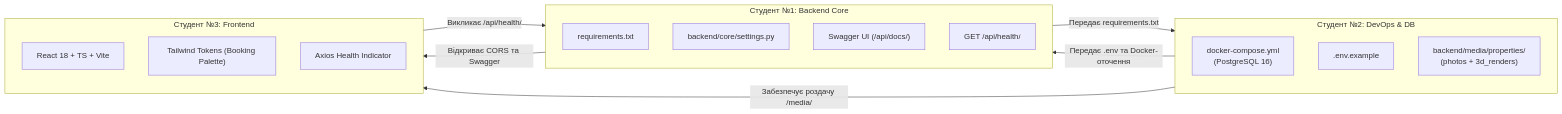
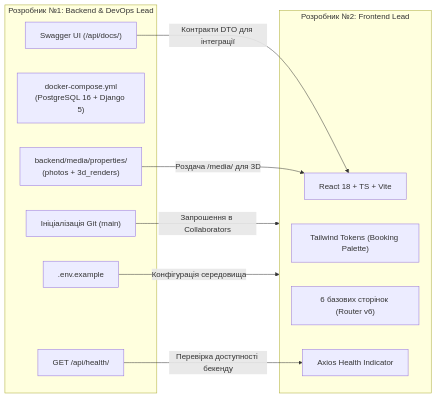
The diagram in docs/phase-0/README.md (Skhmelyuk/booking-clone), drawn with Mermaid before and after one commit. The commit also changed other lines of this file and 21 other files, not shown here.

````diff
--- a/docs/phase-0/README.md
+++ b/docs/phase-0/README.md
@@ -20,27 +19,24 @@
 ```mermaid
 graph LR
-    subgraph S2 ["Студент №2: DevOps & DB"]
-        D_Compose["docker-compose.yml<br/>(PostgreSQL 16)"]
+    subgraph D1 ["Розробник №1: Backend & DevOps Lead"]
+        Git_Repo["Ініціалізація Git (main)"]
+        D_Compose["docker-compose.yml<br/>(PostgreSQL 16 + Django 5)"]
         D_Env[".env.example"]
         Media_Dirs["backend/media/properties/<br/>(photos + 3d_renders)"]
-    end
-
-    subgraph S1 ["Студент №1: Backend Core"]
-        Req["requirements.txt"]
-        Django_Core["backend/core/settings.py"]
         Swagger["Swagger UI (/api/docs/)"]
         Health_API["GET /api/health/"]
     end
 
-    subgraph S3 ["Студент №3: Frontend"]
+    subgraph D2 ["Розробник №2: Frontend Lead"]
         Vite_App["React 18 + TS + Vite"]
         Tailwind["Tailwind Tokens (Booking Palette)"]
+        Routes["6 базових сторінок (Router v6)"]
         Axios_Client["Axios Health Indicator"]
     end
 
-    S1 -->|Передає requirements.txt| S2
-    S2 -->|Передає .env та Docker-оточення| S1
-    S1 -->|Відкриває CORS та Swagger| S3
-    S2 -->|Забезпечує роздачу /media/| S3
-    S3 -->|Викликає /api/health/| S1
+    Git_Repo -->|Запрошення в Collaborators| D2
+    D_Env -->|Конфігурація середовища| D2
+    Health_API -->|Перевірка доступності бекенду| Axios_Client
+    Swagger -->|Контракти DTO для інтеграції| Vite_App
+    Media_Dirs -->|Роздача /media/ для 3D| Vite_App
 ```
````
